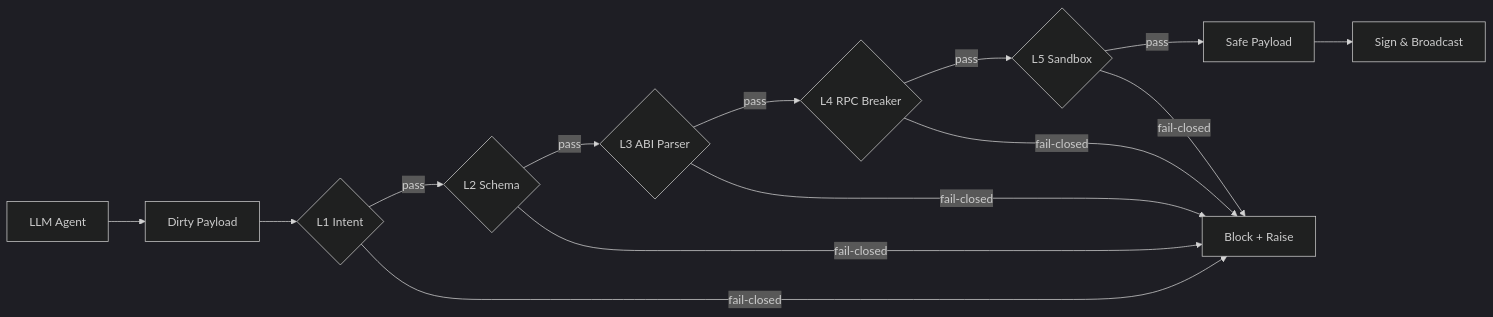
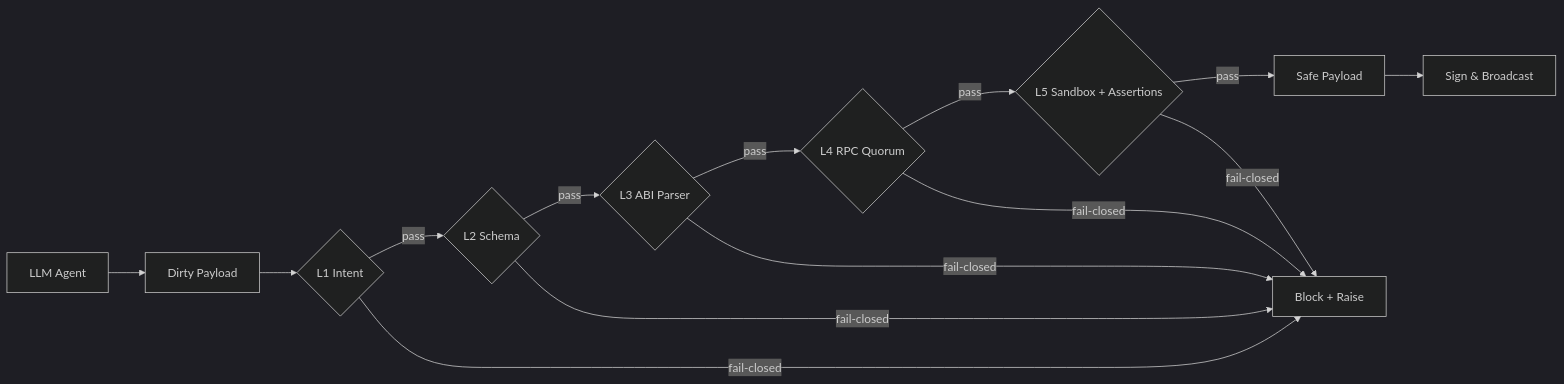
One commit to lokii-D/lirix changed the first of 2 diagrams in README.md. Above: the diagram before and after it, drawn with Mermaid (dark theme). The commit also changed other lines of this file, not shown here.

````diff
--- a/README.md
+++ b/README.md
@@ -76,17 +83,17 @@
 ```mermaid
 flowchart LR
   A[LLM Agent] --> B[Dirty Payload]
   B --> C{L1 Intent}
   C -- pass --> D{L2 Schema}
   D -- pass --> E{L3 ABI Parser}
-  E -- pass --> F{L4 RPC Breaker}
-  F -- pass --> G{L5 Sandbox}
+  E -- pass --> F{L4 RPC Quorum}
+  F -- pass --> G{L5 Sandbox + Assertions}
   G -- pass --> H[Safe Payload]
   H --> I[Sign & Broadcast]
 
   C -- fail-closed --> X[Block + Raise]
   D -- fail-closed --> X
   E -- fail-closed --> X
   F -- fail-closed --> X
   G -- fail-closed --> X
 ```
````
